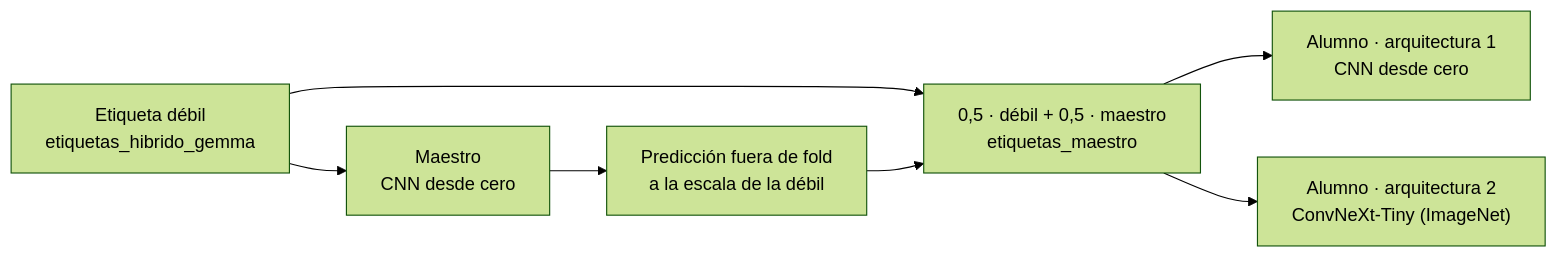
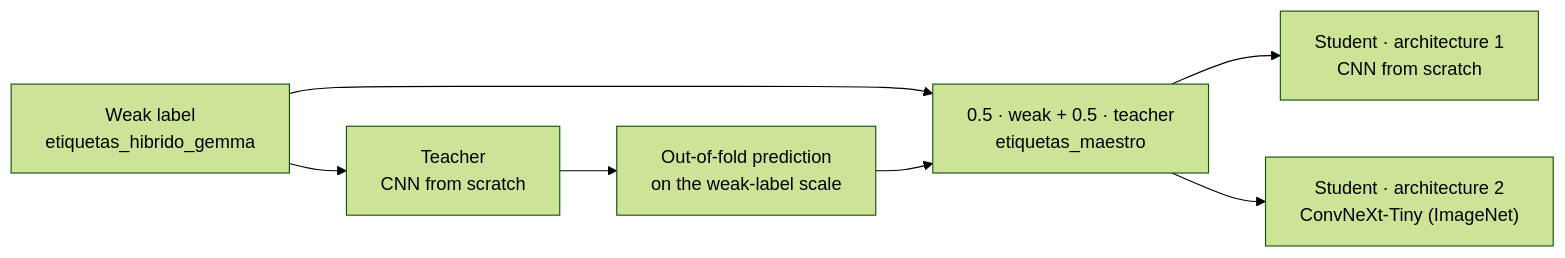
Before and after one commit to sergio100899/rsna-knee-multilabel-cnn: the diagram in entrenamiento/README.md, drawn with Mermaid (forest theme). The commit also changed other lines of this file and 12 other files, not shown here.

````diff
--- a/entrenamiento/README.md
+++ b/entrenamiento/README.md
@@ -17,9 +19,9 @@
 ```mermaid
 flowchart LR
-    D["Etiqueta débil<br/>etiquetas_hibrido_gemma"] --> M["Maestro<br/>CNN desde cero"]
-    M --> O["Predicción fuera de fold<br/>a la escala de la débil"]
-    D --> X["0,5 · débil + 0,5 · maestro<br/>etiquetas_maestro"]
+    D["Weak label<br/>etiquetas_hibrido_gemma"] --> M["Teacher<br/>CNN from scratch"]
+    M --> O["Out-of-fold prediction<br/>on the weak-label scale"]
+    D --> X["0.5 · weak + 0.5 · teacher<br/>etiquetas_maestro"]
     O --> X
-    X --> A1["Alumno · arquitectura 1<br/>CNN desde cero"]
-    X --> A2["Alumno · arquitectura 2<br/>ConvNeXt-Tiny (ImageNet)"]
+    X --> A1["Student · architecture 1<br/>CNN from scratch"]
+    X --> A2["Student · architecture 2<br/>ConvNeXt-Tiny (ImageNet)"]
 ```
````
